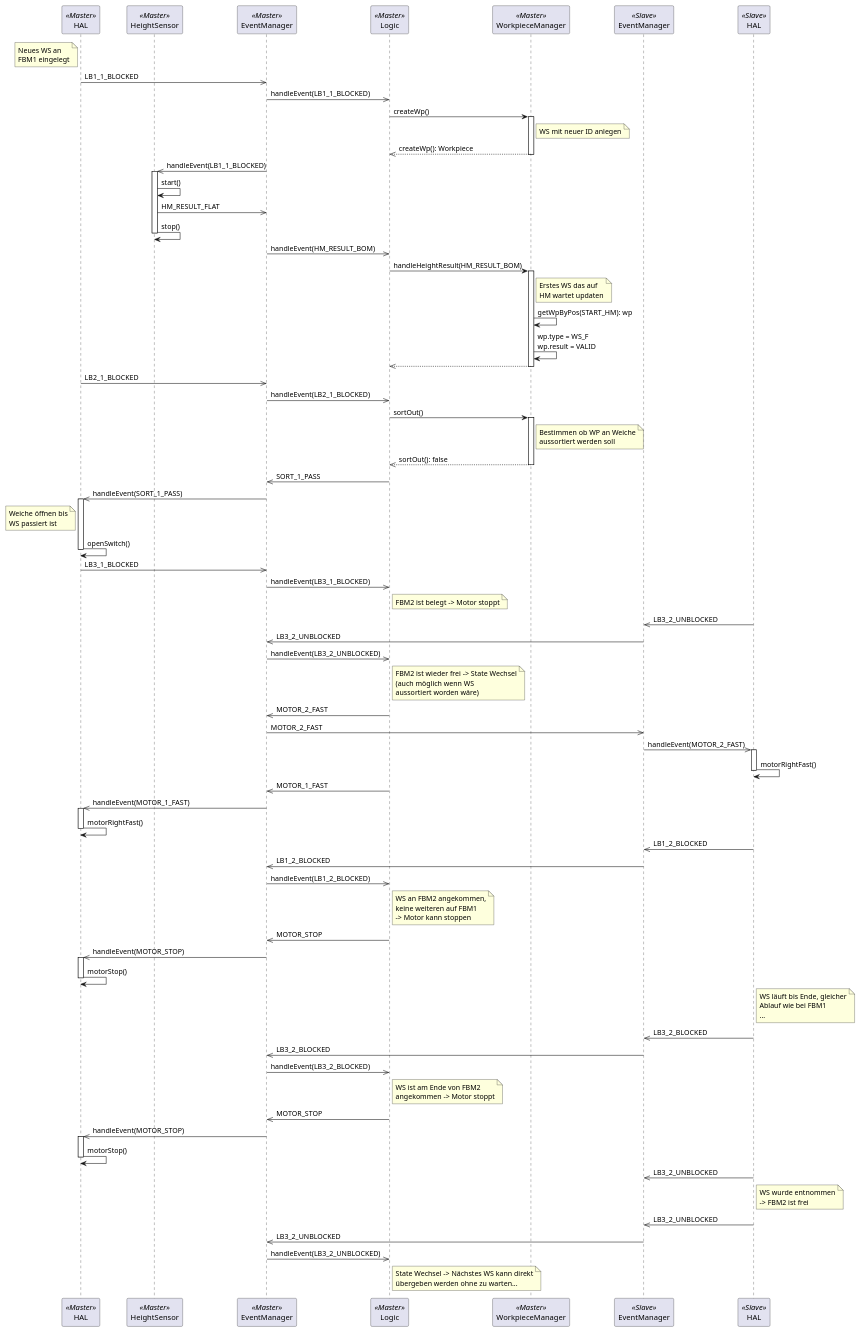
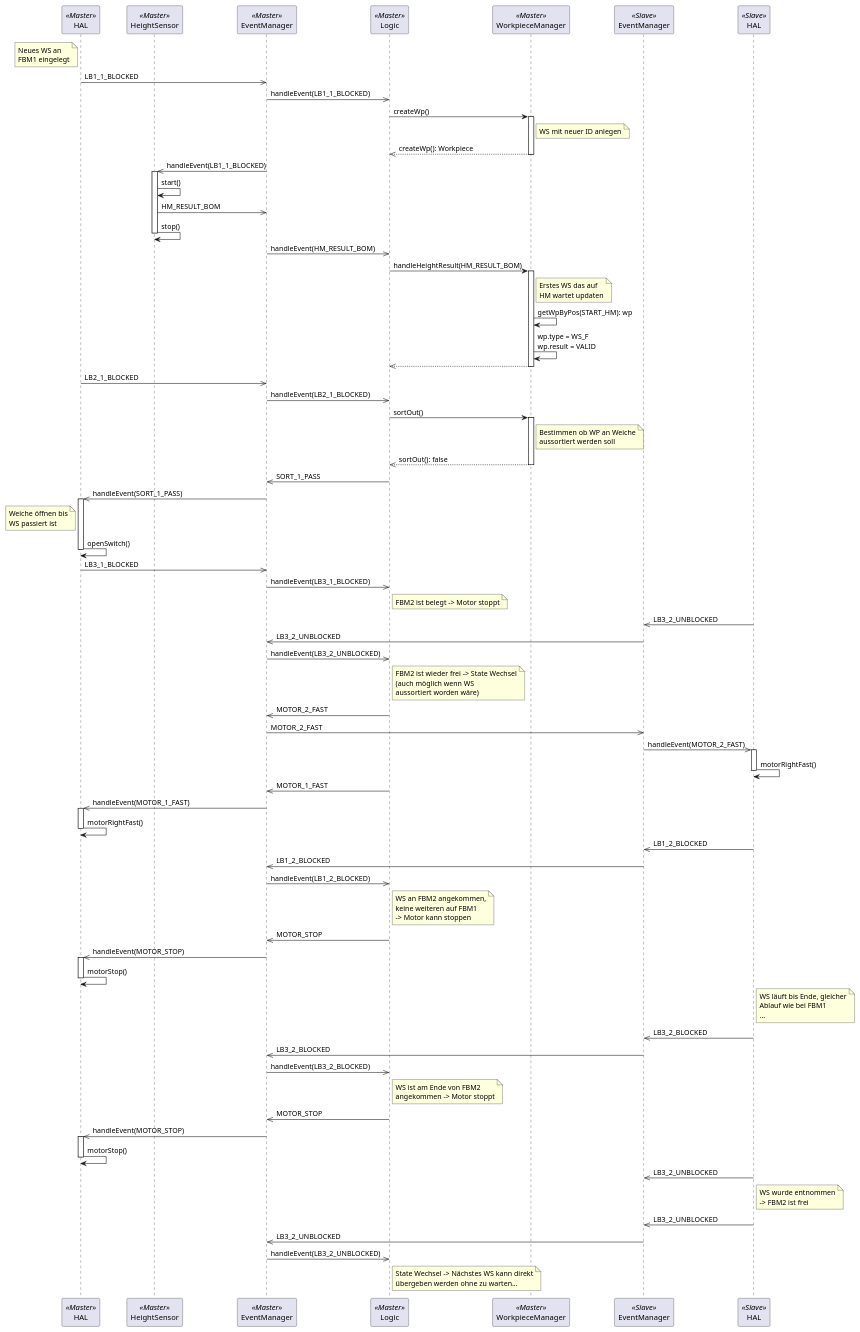
The diagram in docs/diagrams/sequence/sort_ok.puml (u2knwy/ESEP-2023SoSe-Team-2-1), drawn with PlantUML before and after one commit.

Commit message:
Fix small error in diagram

```diff
--- a/docs/diagrams/sequence/sort_ok.puml
+++ b/docs/diagrams/sequence/sort_ok.puml
@@ -1,94 +1,94 @@
 @startuml
 participant "HAL" as HAL_M << Master >>
 participant "HeightSensor" as HM_M << Master >>
 participant "EventManager" as EVM_M << Master >>
 participant "Logic" as Logic << Master >>
 participant "WorkpieceManager" as WPM << Master >>
 participant "EventManager" as EVM_S << Slave >>
 participant "HAL" as HAL_S << Slave >>
 
 note left of HAL_M : Neues WS an\nFBM1 eingelegt
 HAL_M ->> EVM_M : LB1_1_BLOCKED
 EVM_M ->> Logic : handleEvent(LB1_1_BLOCKED)
 Logic -> WPM : createWp()
 note right of WPM : WS mit neuer ID anlegen
 activate WPM
 WPM -->> Logic : createWp(): Workpiece
 deactivate WPM
 EVM_M ->> HM_M : handleEvent(LB1_1_BLOCKED)
 activate HM_M
 HM_M -> HM_M : start()
-HM_M ->> EVM_M : HM_RESULT_FLAT
+HM_M ->> EVM_M : HM_RESULT_BOM
 HM_M -> HM_M : stop()
 deactivate HM_M
 EVM_M ->> Logic : handleEvent(HM_RESULT_BOM)
 Logic -> WPM : handleHeightResult(HM_RESULT_BOM)
 activate WPM
 note right of WPM : Erstes WS das auf\nHM wartet updaten
 WPM -> WPM : getWpByPos(START_HM): wp
 WPM -> WPM : wp.type = WS_F\nwp.result = VALID
 WPM -->> Logic
 deactivate WPM
 
 HAL_M ->> EVM_M : LB2_1_BLOCKED
 EVM_M ->> Logic : handleEvent(LB2_1_BLOCKED)
 Logic -> WPM : sortOut()
 activate WPM
 note right of WPM : Bestimmen ob WP an Weiche\naussortiert werden soll
 WPM -->> Logic : sortOut(): false
 deactivate WPM
 Logic ->> EVM_M : SORT_1_PASS
 EVM_M ->> HAL_M : handleEvent(SORT_1_PASS)
 note left of HAL_M : Weiche öffnen bis\nWS passiert ist
 activate HAL_M
 HAL_M -> HAL_M : openSwitch()
 deactivate HAL_M
 HAL_M ->> EVM_M : LB3_1_BLOCKED
 EVM_M ->> Logic : handleEvent(LB3_1_BLOCKED)
 note right of Logic : FBM2 ist belegt -> Motor stoppt
 HAL_S ->> EVM_S : LB3_2_UNBLOCKED
 EVM_S ->> EVM_M : LB3_2_UNBLOCKED
 EVM_M ->> Logic : handleEvent(LB3_2_UNBLOCKED)
 note right of Logic : FBM2 ist wieder frei -> State Wechsel\n(auch möglich wenn WS\naussortiert worden wäre)
 Logic ->> EVM_M : MOTOR_2_FAST
 EVM_M ->> EVM_S : MOTOR_2_FAST
 EVM_S ->> HAL_S : handleEvent(MOTOR_2_FAST)
 activate HAL_S
 HAL_S -> HAL_S : motorRightFast()
 deactivate HAL_S
 Logic ->> EVM_M : MOTOR_1_FAST
 EVM_M ->> HAL_M : handleEvent(MOTOR_1_FAST)
 activate HAL_M
 HAL_M -> HAL_M : motorRightFast()
 deactivate HAL_M
 
 ' WS an FBM2 angekommen -> 
 HAL_S ->> EVM_S : LB1_2_BLOCKED
 EVM_S ->> EVM_M : LB1_2_BLOCKED
 EVM_M ->> Logic : handleEvent(LB1_2_BLOCKED)
 note right of Logic : WS an FBM2 angekommen,\nkeine weiteren auf FBM1\n-> Motor kann stoppen
 Logic ->> EVM_M : MOTOR_STOP
 EVM_M ->> HAL_M : handleEvent(MOTOR_STOP)
 activate HAL_M
 HAL_M -> HAL_M : motorStop()
 deactivate HAL_M
 
 note right of HAL_S : WS läuft bis Ende, gleicher\nAblauf wie bei FBM1\n...
 HAL_S ->> EVM_S : LB3_2_BLOCKED
 EVM_S ->> EVM_M : LB3_2_BLOCKED
 EVM_M ->> Logic : handleEvent(LB3_2_BLOCKED)
 note right of Logic : WS ist am Ende von FBM2\nangekommen -> Motor stoppt
 Logic ->> EVM_M : MOTOR_STOP
 EVM_M ->> HAL_M : handleEvent(MOTOR_STOP)
 activate HAL_M
 HAL_M -> HAL_M : motorStop()
 deactivate HAL_M
 
 HAL_S ->> EVM_S : LB3_2_UNBLOCKED
 note right of HAL_S : WS wurde entnommen\n-> FBM2 ist frei
 HAL_S ->> EVM_S : LB3_2_UNBLOCKED
 EVM_S ->> EVM_M : LB3_2_UNBLOCKED
 EVM_M ->> Logic : handleEvent(LB3_2_UNBLOCKED)
 note right of Logic : State Wechsel -> Nächstes WS kann direkt\nübergeben werden ohne zu warten...
 
 @enduml
```
